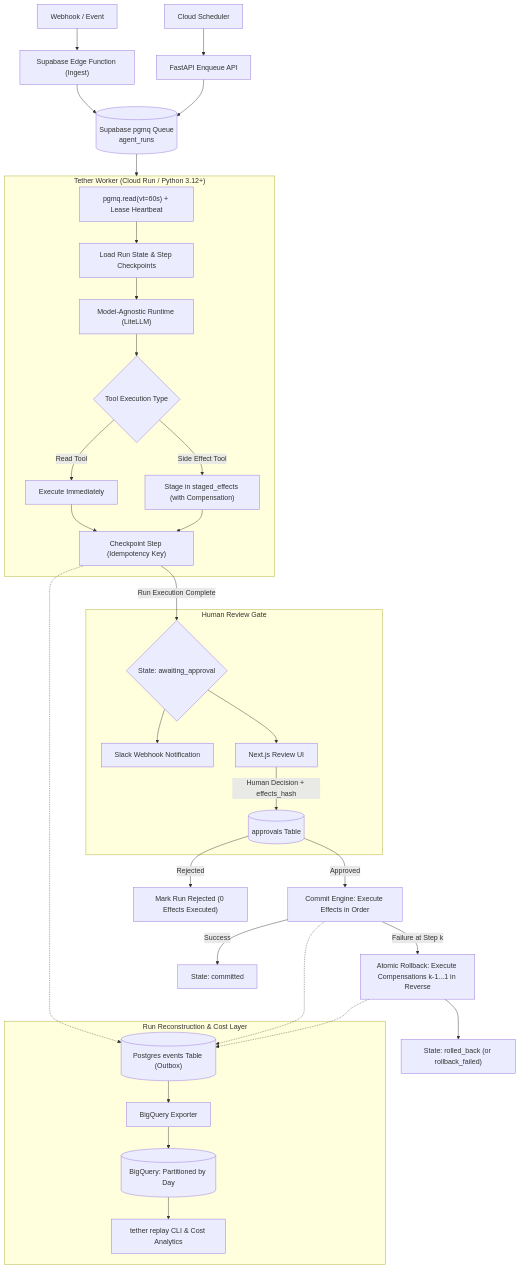
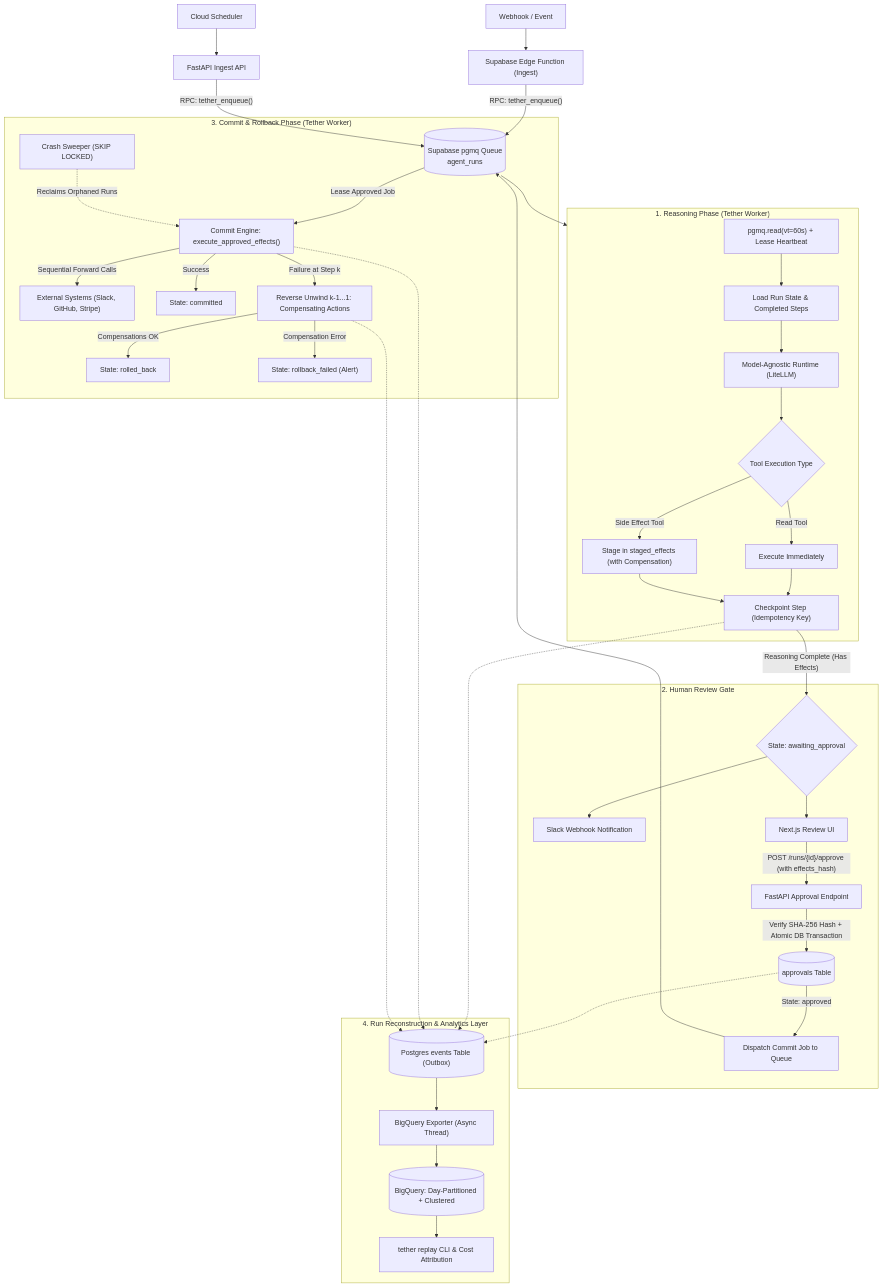
One commit to Harsh-karn/Event-Driven-Agent-Runtime-with-Human-Review-Gate-and-Atomic-Rollback changed the diagram in README.md. Above: the diagram before and after it, drawn with Mermaid. The commit also changed other lines of this file and 11 other files, not shown here.

Commit message:
fix(reliability): bridge review-to-commit execution, resolve deduplication races, and add crash recovery sweeper

````diff
--- a/README.md
+++ b/README.md
@@ -34,44 +36,52 @@
 ```mermaid
 flowchart TD
     WH["Webhook / Event"] --> EF["Supabase Edge Function (Ingest)"]
-    CS["Cloud Scheduler"] --> API["FastAPI Enqueue API"]
-    EF --> PGMQ[("Supabase pgmq Queue<br/>agent_runs")]
-    API --> PGMQ
+    CS["Cloud Scheduler"] --> API["FastAPI Ingest API"]
+    EF -->|"RPC: tether_enqueue()"| PGMQ[("Supabase pgmq Queue<br/>agent_runs")]
+    API -->|"RPC: tether_enqueue()"| PGMQ
 
-    subgraph RuntimeWorker["Tether Worker (Cloud Run / Python 3.12+)"]
-        POLL["pgmq.read(vt=60s) + Lease Heartbeat"] --> LOAD["Load Run State & Step Checkpoints"]
+    subgraph ReasoningWorker["1. Reasoning Phase (Tether Worker)"]
+        POLL["pgmq.read(vt=60s) + Lease Heartbeat"] --> LOAD["Load Run State & Completed Steps"]
         LOAD --> LLM["Model-Agnostic Runtime (LiteLLM)"]
         LLM --> TOOLS{"Tool Execution Type"}
         TOOLS -->|"Read Tool"| EXEC_READ["Execute Immediately"]
         TOOLS -->|"Side Effect Tool"| STAGE["Stage in staged_effects (with Compensation)"]
         EXEC_READ --> STEP_CP["Checkpoint Step (Idempotency Key)"]
         STAGE --> STEP_CP
     end
 
-    PGMQ --> RuntimeWorker
+    PGMQ --> ReasoningWorker
 
-    STEP_CP -->|"Run Execution Complete"| GATE{"State: awaiting_approval"}
+    STEP_CP -->|"Reasoning Complete (Has Effects)"| GATE{"State: awaiting_approval"}
 
-    subgraph ReviewGate["Human Review Gate"]
+    subgraph ReviewGate["2. Human Review Gate"]
         GATE --> SLACK["Slack Webhook Notification"]
         GATE --> UI["Next.js Review UI"]
-        UI -->|"Human Decision + effects_hash"| APPROVAL[("approvals Table")]
+        UI -->|"POST /runs/{id}/approve (with effects_hash)"| APP_API["FastAPI Approval Endpoint"]
+        APP_API -->|"Verify SHA-256 Hash + Atomic DB Transaction"| APPROVAL[("approvals Table")]
+        APPROVAL -->|"State: approved"| DISPATCH["Dispatch Commit Job to Queue"]
     end
 
-    APPROVAL -->|"Approved"| COMMIT["Commit Engine: Execute Effects in Order"]
-    APPROVAL -->|"Rejected"| REJECT["Mark Run Rejected (0 Effects Executed)"]
+    DISPATCH --> PGMQ
 
-    COMMIT -->|"Failure at Step k"| ROLLBACK["Atomic Rollback: Execute Compensations k-1...1 in Reverse"]
-    COMMIT -->|"Success"| COMMITTED["State: committed"]
-    ROLLBACK --> ROLLED_BACK["State: rolled_back (or rollback_failed)"]
+    subgraph CommitWorker["3. Commit & Rollback Phase (Tether Worker)"]
+        PGMQ -->|"Lease Approved Job"| COMMIT_ENG["Commit Engine: execute_approved_effects()"]
+        COMMIT_ENG -->|"Sequential Forward Calls"| EXT["External Systems (Slack, GitHub, Stripe)"]
+        COMMIT_ENG -->|"Success"| COMMITTED["State: committed"]
+        COMMIT_ENG -->|"Failure at Step k"| SAGA["Reverse Unwind k-1...1: Compensating Actions"]
+        SAGA -->|"Compensations OK"| ROLLED_BACK["State: rolled_back"]
+        SAGA -->|"Compensation Error"| ROLLBACK_FAILED["State: rollback_failed (Alert)"]
+        SWEEP["Crash Sweeper (SKIP LOCKED)"] -.->|"Reclaims Orphaned Runs"| COMMIT_ENG
+    end
 
-    subgraph Warehouse["Run Reconstruction & Cost Layer"]
-        OUTBOX[("Postgres events Table (Outbox)")] --> EXP["BigQuery Exporter"]
-        EXP --> BQ[("BigQuery: Partitioned by Day")]
-        BQ --> CLI["tether replay CLI & Cost Analytics"]
+    subgraph Warehouse["4. Run Reconstruction & Analytics Layer"]
+        OUTBOX[("Postgres events Table (Outbox)")] --> EXP["BigQuery Exporter (Async Thread)"]
+        EXP --> BQ[("BigQuery: Day-Partitioned + Clustered")]
+        BQ --> CLI["tether replay CLI & Cost Attribution"]
     end
 
     STEP_CP -.-> OUTBOX
-    COMMIT -.-> OUTBOX
-    ROLLBACK -.-> OUTBOX
+    APPROVAL -.-> OUTBOX
+    COMMIT_ENG -.-> OUTBOX
+    SAGA -.-> OUTBOX
 ```
````
